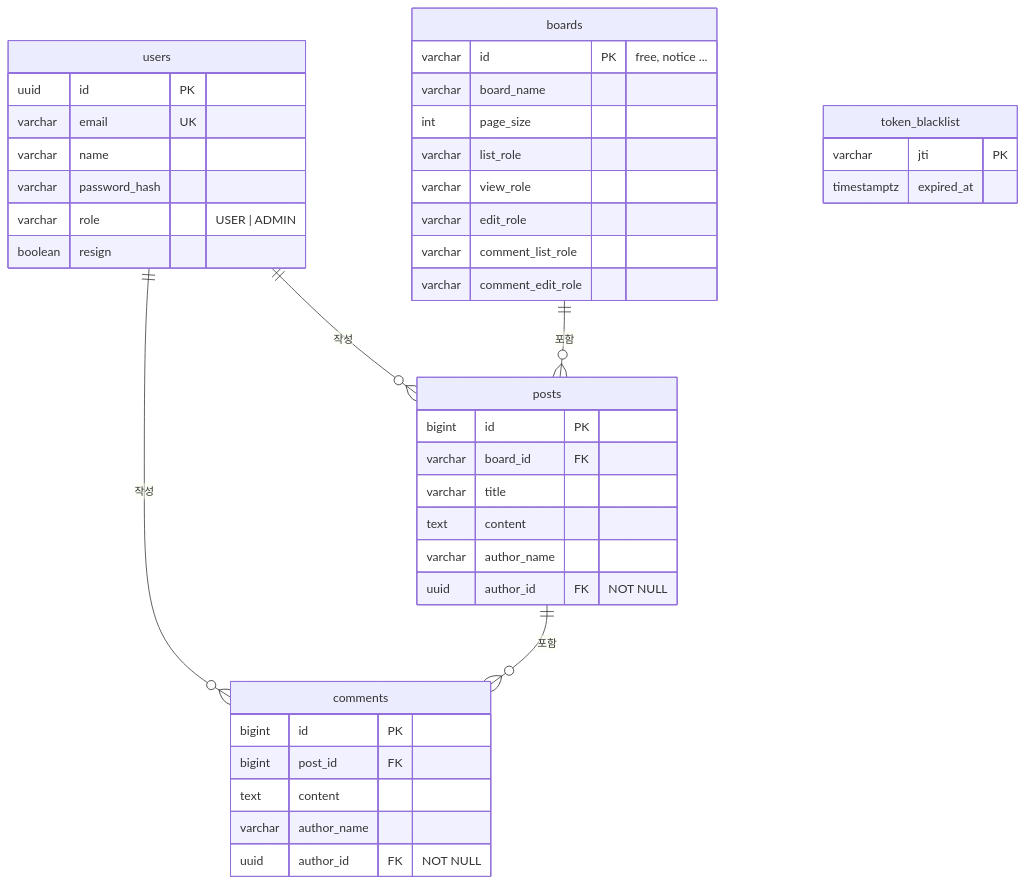
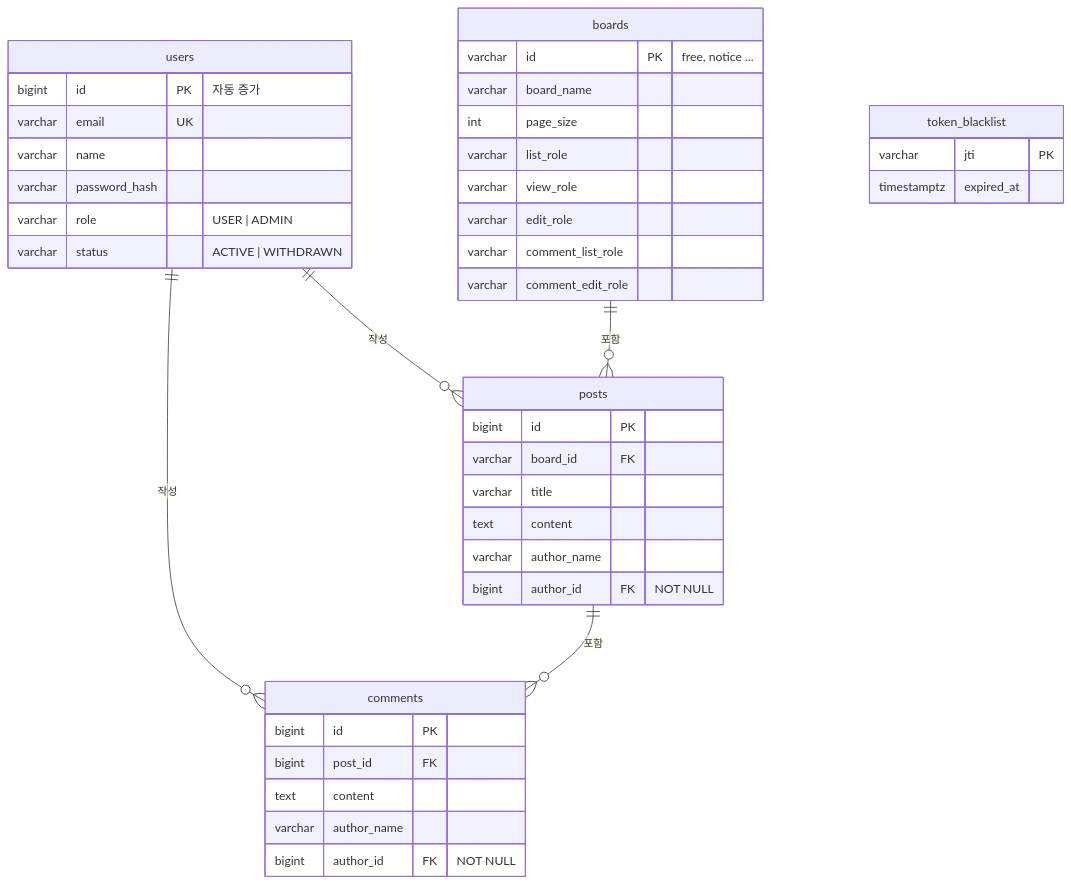
The diagram in README.md (tuski0/KANT_Board_API), drawn with Mermaid before and after one commit. The commit also changed other lines of this file and 16 other files, not shown here.

````diff
--- a/README.md
+++ b/README.md
@@ -54,45 +54,45 @@
 ```mermaid
 erDiagram
     users ||--o{ posts : "작성"
     users ||--o{ comments : "작성"
     boards ||--o{ posts : "포함"
     posts ||--o{ comments : "포함"
 
     users {
-        uuid id PK
+        bigint id PK "자동 증가"
         varchar email UK
         varchar name
         varchar password_hash
         varchar role "USER | ADMIN"
-        boolean resign
+        varchar status "ACTIVE | WITHDRAWN"
     }
     boards {
         varchar id PK "free, notice ..."
         varchar board_name
         int page_size
         varchar list_role
         varchar view_role
         varchar edit_role
         varchar comment_list_role
         varchar comment_edit_role
     }
     posts {
         bigint id PK
         varchar board_id FK
         varchar title
         text content
         varchar author_name
-        uuid author_id FK "NOT NULL"
+        bigint author_id FK "NOT NULL"
     }
     comments {
         bigint id PK
         bigint post_id FK
         text content
         varchar author_name
-        uuid author_id FK "NOT NULL"
+        bigint author_id FK "NOT NULL"
     }
     token_blacklist {
         varchar jti PK
         timestamptz expired_at
     }
 ```
````
